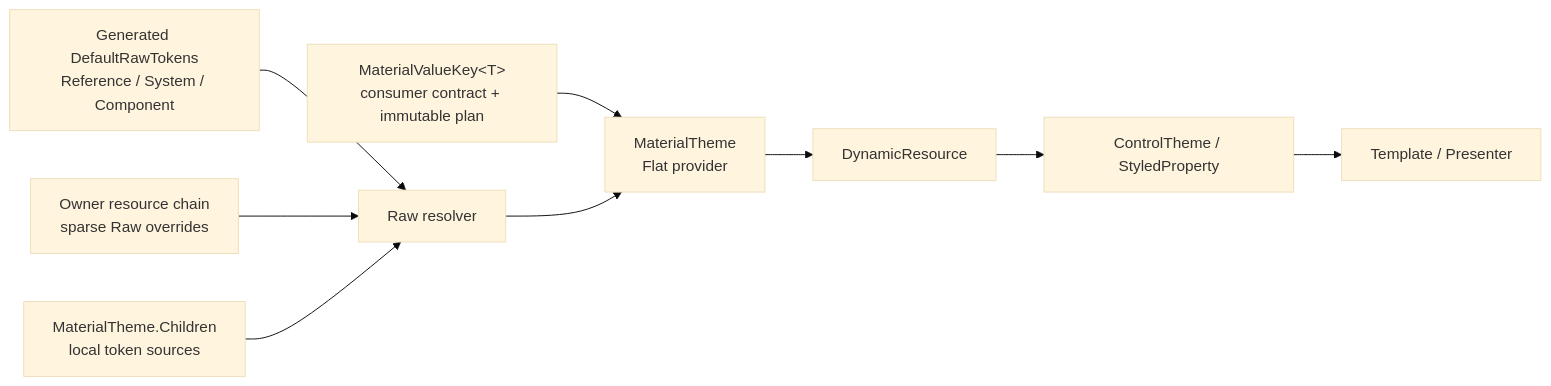
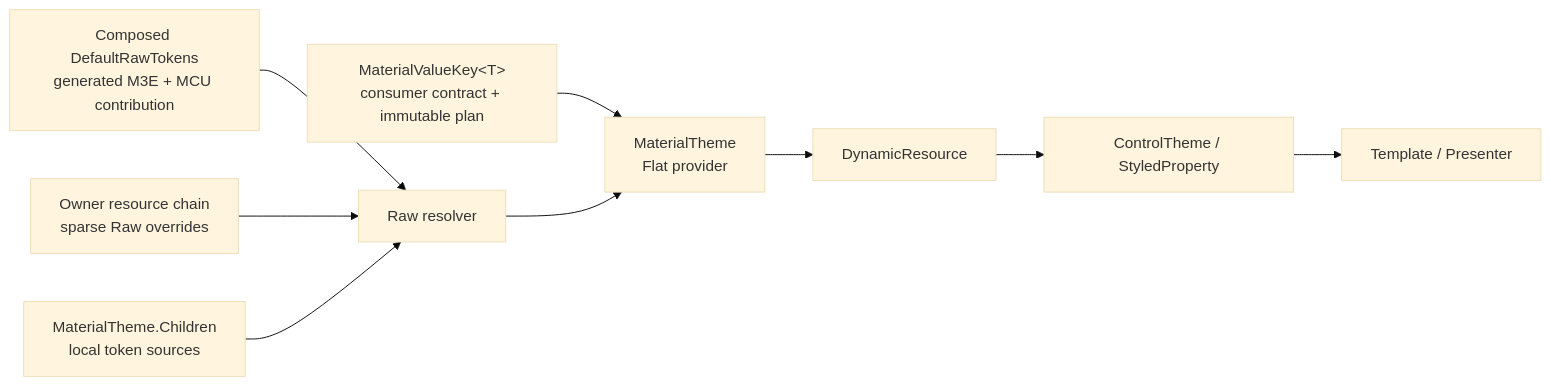
One commit to Shirasagi0012/Material3Expressive.Avalonia changed the diagram in docs/refactor/architecture-overview.md. Above: the diagram before and after it, drawn with Mermaid (base theme). The commit also changed other lines of this file and 8 other files, not shown here.

````diff
--- a/docs/refactor/architecture-overview.md
+++ b/docs/refactor/architecture-overview.md
@@ -25,12 +25,12 @@
 ```mermaid
 flowchart LR
-    DEF["Generated DefaultRawTokens<br/>Reference / System / Component"] --> RR["Raw resolver"]
+    DEF["Composed DefaultRawTokens<br/>generated M3E + MCU contribution"] --> RR["Raw resolver"]
     LOCAL["Owner resource chain<br/>sparse Raw overrides"] --> RR
     CHILD["MaterialTheme.Children<br/>local token sources"] --> RR
 
     VK["MaterialValueKey&lt;T&gt;<br/>consumer contract + immutable plan"] --> FP["MaterialTheme<br/>Flat provider"]
     RR --> FP
     FP --> DR["DynamicResource"]
     DR --> CT["ControlTheme / StyledProperty"]
     CT --> UI["Template / Presenter"]
 ```
````
